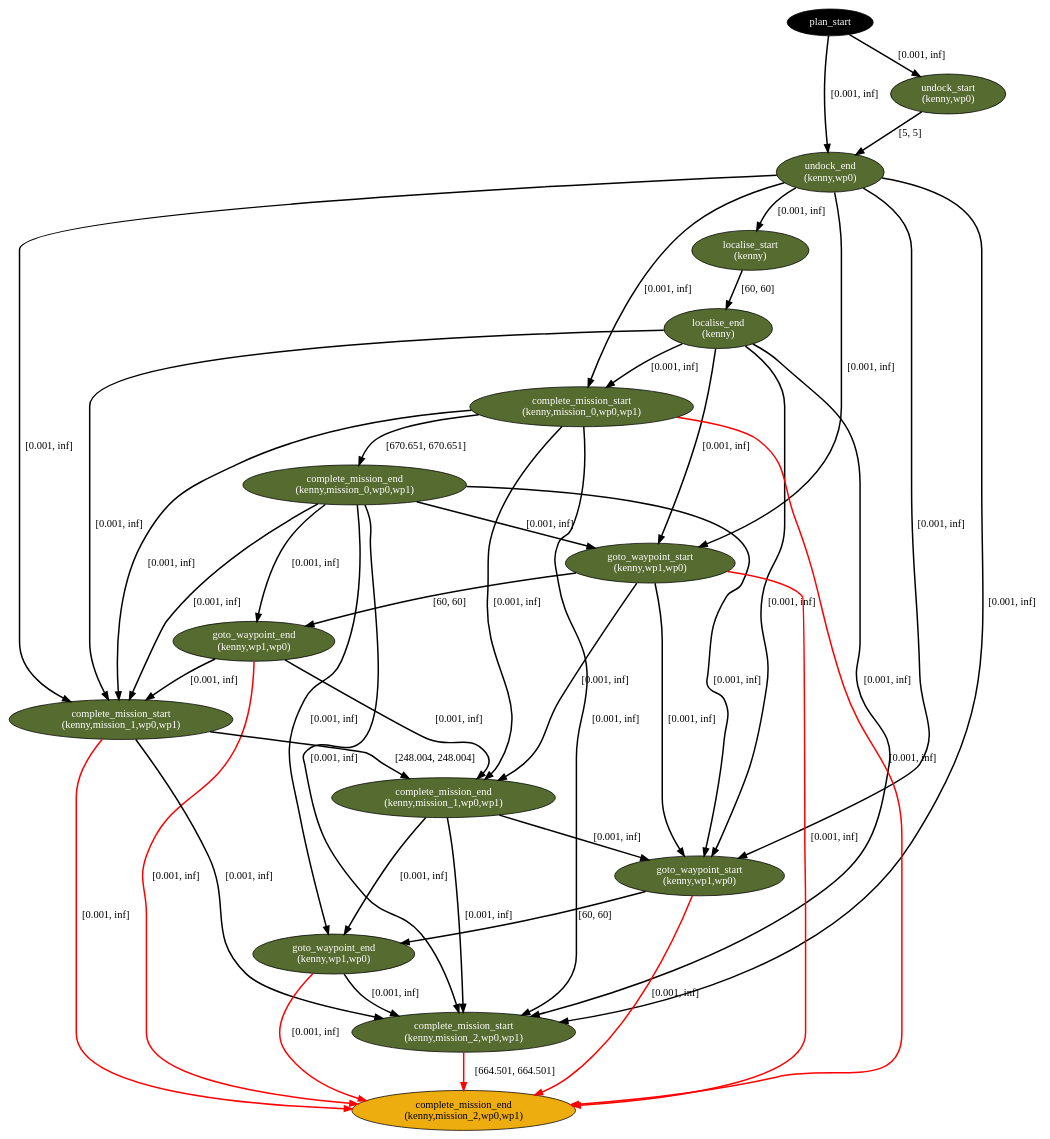
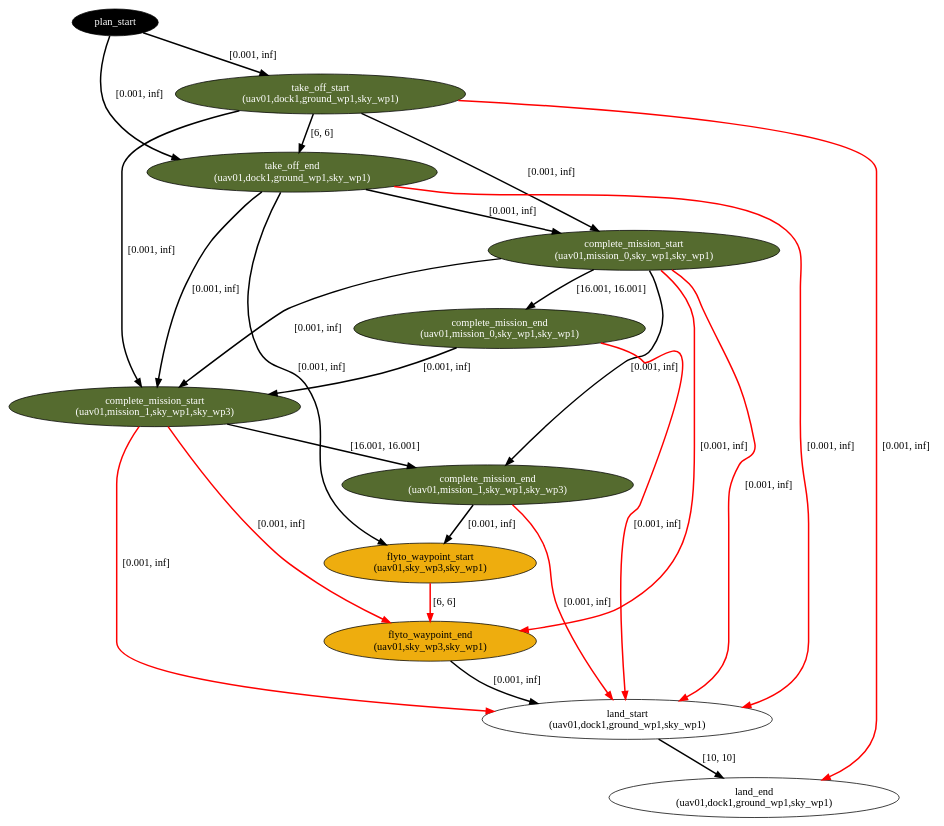
The diagram in scripts/strategic_plan.dot (m312z/rosplan_interface_strategic_redone), drawn with Graphviz before and after one commit. The commit also changed 27 other files, not shown here.

```diff
--- a/scripts/strategic_plan.dot
+++ b/scripts/strategic_plan.dot
@@ -1,75 +1,48 @@
 digraph plan {
 0[ label="plan_start",style=filled,fillcolor=black,fontcolor=white];
-1[ label="undock_start
-(kenny,wp0)",style=filled,fillcolor=darkolivegreen,fontcolor=white];
-2[ label="undock_end
-(kenny,wp0)",style=filled,fillcolor=darkolivegreen,fontcolor=white];
-3[ label="localise_start
-(kenny)",style=filled,fillcolor=darkolivegreen,fontcolor=white];
-4[ label="localise_end
-(kenny)",style=filled,fillcolor=darkolivegreen,fontcolor=white];
+1[ label="take_off_start
+(uav01,dock1,ground_wp1,sky_wp1)",style=filled,fillcolor=darkolivegreen,fontcolor=white];
+2[ label="take_off_end
+(uav01,dock1,ground_wp1,sky_wp1)",style=filled,fillcolor=darkolivegreen,fontcolor=white];
+3[ label="complete_mission_start
+(uav01,mission_0,sky_wp1,sky_wp1)",style=filled,fillcolor=darkolivegreen,fontcolor=white];
+4[ label="complete_mission_end
+(uav01,mission_0,sky_wp1,sky_wp1)",style=filled,fillcolor=darkolivegreen,fontcolor=white];
 5[ label="complete_mission_start
-(kenny,mission_0,wp0,wp1)",style=filled,fillcolor=darkolivegreen,fontcolor=white];
+(uav01,mission_1,sky_wp1,sky_wp3)",style=filled,fillcolor=darkolivegreen,fontcolor=white];
 6[ label="complete_mission_end
-(kenny,mission_0,wp0,wp1)",style=filled,fillcolor=darkolivegreen,fontcolor=white];
-7[ label="goto_waypoint_start
-(kenny,wp1,wp0)",style=filled,fillcolor=darkolivegreen,fontcolor=white];
-8[ label="goto_waypoint_end
-(kenny,wp1,wp0)",style=filled,fillcolor=darkolivegreen,fontcolor=white];
-9[ label="complete_mission_start
-(kenny,mission_1,wp0,wp1)",style=filled,fillcolor=darkolivegreen,fontcolor=white];
-10[ label="complete_mission_end
-(kenny,mission_1,wp0,wp1)",style=filled,fillcolor=darkolivegreen,fontcolor=white];
-11[ label="goto_waypoint_start
-(kenny,wp1,wp0)",style=filled,fillcolor=darkolivegreen,fontcolor=white];
-12[ label="goto_waypoint_end
-(kenny,wp1,wp0)",style=filled,fillcolor=darkolivegreen,fontcolor=white];
-13[ label="complete_mission_start
-(kenny,mission_2,wp0,wp1)",style=filled,fillcolor=darkolivegreen,fontcolor=white];
-14[ label="complete_mission_end
-(kenny,mission_2,wp0,wp1)",style=filled,fillcolor=darkgoldenrod2];
+(uav01,mission_1,sky_wp1,sky_wp3)",style=filled,fillcolor=darkolivegreen,fontcolor=white];
+7[ label="flyto_waypoint_start
+(uav01,sky_wp3,sky_wp1)",style=filled,fillcolor=darkgoldenrod2];
+8[ label="flyto_waypoint_end
+(uav01,sky_wp3,sky_wp1)",style=filled,fillcolor=darkgoldenrod2];
+9[ label="land_start
+(uav01,dock1,ground_wp1,sky_wp1)"];
+10[ label="land_end
+(uav01,dock1,ground_wp1,sky_wp1)"];
 "0" -> "1" [ label="[0.001, inf]" , penwidth=2, color="black"]
-"1" -> "2" [ label="[5, 5]" , penwidth=2, color="black"]
+"1" -> "2" [ label="[6, 6]" , penwidth=2, color="black"]
 "0" -> "2" [ label="[0.001, inf]" , penwidth=2, color="black"]
 "2" -> "3" [ label="[0.001, inf]" , penwidth=2, color="black"]
-"3" -> "4" [ label="[60, 60]" , penwidth=2, color="black"]
+"1" -> "3" [ label="[0.001, inf]" , penwidth=2, color="black"]
+"3" -> "4" [ label="[16.001, 16.001]" , penwidth=2, color="black"]
+"4" -> "5" [ label="[0.001, inf]" , penwidth=2, color="black"]
 "2" -> "5" [ label="[0.001, inf]" , penwidth=2, color="black"]
-"4" -> "5" [ label="[0.001, inf]" , penwidth=2, color="black"]
-"5" -> "6" [ label="[670.651, 670.651]" , penwidth=2, color="black"]
+"3" -> "5" [ label="[0.001, inf]" , penwidth=2, color="black"]
+"1" -> "5" [ label="[0.001, inf]" , penwidth=2, color="black"]
+"5" -> "6" [ label="[16.001, 16.001]" , penwidth=2, color="black"]
+"3" -> "6" [ label="[0.001, inf]" , penwidth=2, color="black"]
 "6" -> "7" [ label="[0.001, inf]" , penwidth=2, color="black"]
-"4" -> "7" [ label="[0.001, inf]" , penwidth=2, color="black"]
 "2" -> "7" [ label="[0.001, inf]" , penwidth=2, color="black"]
-"7" -> "8" [ label="[60, 60]" , penwidth=2, color="black"]
-"6" -> "8" [ label="[0.001, inf]" , penwidth=2, color="black"]
-"2" -> "9" [ label="[0.001, inf]" , penwidth=2, color="black"]
-"4" -> "9" [ label="[0.001, inf]" , penwidth=2, color="black"]
-"6" -> "9" [ label="[0.001, inf]" , penwidth=2, color="black"]
+"7" -> "8" [ label="[6, 6]" , penwidth=2, color="red"]
+"5" -> "8" [ label="[0.001, inf]" , penwidth=2, color="red"]
+"3" -> "8" [ label="[0.001, inf]" , penwidth=2, color="red"]
+"2" -> "9" [ label="[0.001, inf]" , penwidth=2, color="red"]
 "8" -> "9" [ label="[0.001, inf]" , penwidth=2, color="black"]
-"5" -> "9" [ label="[0.001, inf]" , penwidth=2, color="black"]
-"9" -> "10" [ label="[248.004, 248.004]" , penwidth=2, color="black"]
-"8" -> "10" [ label="[0.001, inf]" , penwidth=2, color="black"]
-"7" -> "10" [ label="[0.001, inf]" , penwidth=2, color="black"]
-"5" -> "10" [ label="[0.001, inf]" , penwidth=2, color="black"]
-"10" -> "11" [ label="[0.001, inf]" , penwidth=2, color="black"]
-"4" -> "11" [ label="[0.001, inf]" , penwidth=2, color="black"]
-"2" -> "11" [ label="[0.001, inf]" , penwidth=2, color="black"]
-"7" -> "11" [ label="[0.001, inf]" , penwidth=2, color="black"]
-"6" -> "11" [ label="[0.001, inf]" , penwidth=2, color="black"]
-"11" -> "12" [ label="[60, 60]" , penwidth=2, color="black"]
-"10" -> "12" [ label="[0.001, inf]" , penwidth=2, color="black"]
-"6" -> "12" [ label="[0.001, inf]" , penwidth=2, color="black"]
-"2" -> "13" [ label="[0.001, inf]" , penwidth=2, color="black"]
-"4" -> "13" [ label="[0.001, inf]" , penwidth=2, color="black"]
-"10" -> "13" [ label="[0.001, inf]" , penwidth=2, color="black"]
-"12" -> "13" [ label="[0.001, inf]" , penwidth=2, color="black"]
-"9" -> "13" [ label="[0.001, inf]" , penwidth=2, color="black"]
-"6" -> "13" [ label="[0.001, inf]" , penwidth=2, color="black"]
-"5" -> "13" [ label="[0.001, inf]" , penwidth=2, color="black"]
-"13" -> "14" [ label="[664.501, 664.501]" , penwidth=2, color="red"]
-"12" -> "14" [ label="[0.001, inf]" , penwidth=2, color="red"]
-"11" -> "14" [ label="[0.001, inf]" , penwidth=2, color="red"]
-"9" -> "14" [ label="[0.001, inf]" , penwidth=2, color="red"]
-"8" -> "14" [ label="[0.001, inf]" , penwidth=2, color="red"]
-"7" -> "14" [ label="[0.001, inf]" , penwidth=2, color="red"]
-"5" -> "14" [ label="[0.001, inf]" , penwidth=2, color="red"]
+"6" -> "9" [ label="[0.001, inf]" , penwidth=2, color="red"]
+"5" -> "9" [ label="[0.001, inf]" , penwidth=2, color="red"]
+"4" -> "9" [ label="[0.001, inf]" , penwidth=2, color="red"]
+"3" -> "9" [ label="[0.001, inf]" , penwidth=2, color="red"]
+"9" -> "10" [ label="[10, 10]" , penwidth=2, color="black"]
+"1" -> "10" [ label="[0.001, inf]" , penwidth=2, color="red"]
 }
```
